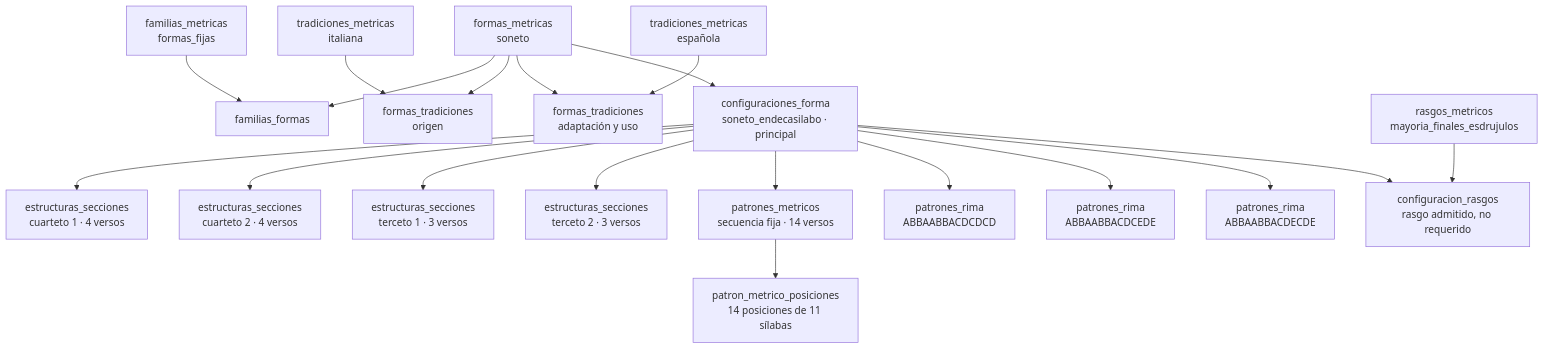
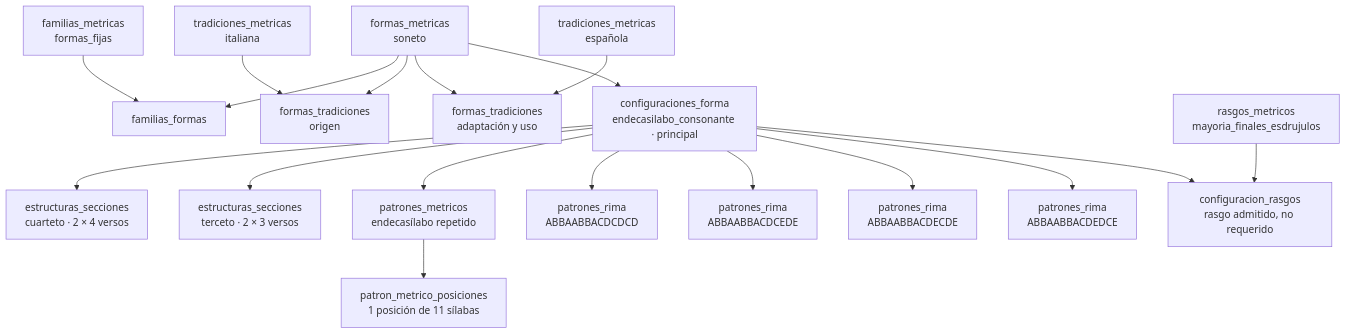
Before and after one commit to metadramaub/metadrama_db: the fifth of 9 diagrams in docs/dominio-metrico/ejemplos-formalizacion-ontologia-metrica.md, drawn with Mermaid. The commit also changed 12 other files, not shown here.

````diff
--- a/docs/dominio-metrico/ejemplos-formalizacion-ontologia-metrica.md
+++ b/docs/dominio-metrico/ejemplos-formalizacion-ontologia-metrica.md
@@ -346,45 +346,43 @@
 ```mermaid
 flowchart TB
     F["formas_metricas<br/>soneto"]
     FA["familias_metricas<br/>formas_fijas"]
     FF["familias_formas"]
     TI["tradiciones_metricas<br/>italiana"]
     TE["tradiciones_metricas<br/>española"]
     FTI["formas_tradiciones<br/>origen"]
     FTE["formas_tradiciones<br/>adaptación y uso"]
-    C["configuraciones_forma<br/>soneto_endecasilabo · principal"]
+    C["configuraciones_forma<br/>endecasilabo_consonante · principal"]
 
-    ES1["estructuras_secciones<br/>cuarteto 1 · 4 versos"]
-    ES2["estructuras_secciones<br/>cuarteto 2 · 4 versos"]
-    ES3["estructuras_secciones<br/>terceto 1 · 3 versos"]
-    ES4["estructuras_secciones<br/>terceto 2 · 3 versos"]
+    ES1["estructuras_secciones<br/>cuarteto · 2 × 4 versos"]
+    ES2["estructuras_secciones<br/>terceto · 2 × 3 versos"]
 
-    PM["patrones_metricos<br/>secuencia fija · 14 versos"]
-    PMP["patron_metrico_posiciones<br/>14 posiciones de 11 sílabas"]
+    PM["patrones_metricos<br/>endecasílabo repetido"]
+    PMP["patron_metrico_posiciones<br/>1 posición de 11 sílabas"]
 
     PR1["patrones_rima<br/>ABBAABBACDCDCD"]
     PR2["patrones_rima<br/>ABBAABBACDCEDE"]
     PR3["patrones_rima<br/>ABBAABBACDECDE"]
+    PR4["patrones_rima<br/>ABBAABBACDEDCE"]
 
     RG["rasgos_metricos<br/>mayoria_finales_esdrujulos"]
     CR["configuracion_rasgos<br/>rasgo admitido, no requerido"]
 
     FA --> FF
     F --> FF
     TI --> FTI
     F --> FTI
     TE --> FTE
     F --> FTE
     F --> C
     C --> ES1
     C --> ES2
-    C --> ES3
-    C --> ES4
     C --> PM
     PM --> PMP
     C --> PR1
     C --> PR2
     C --> PR3
+    C --> PR4
     C --> CR
     RG --> CR
 ```
````
